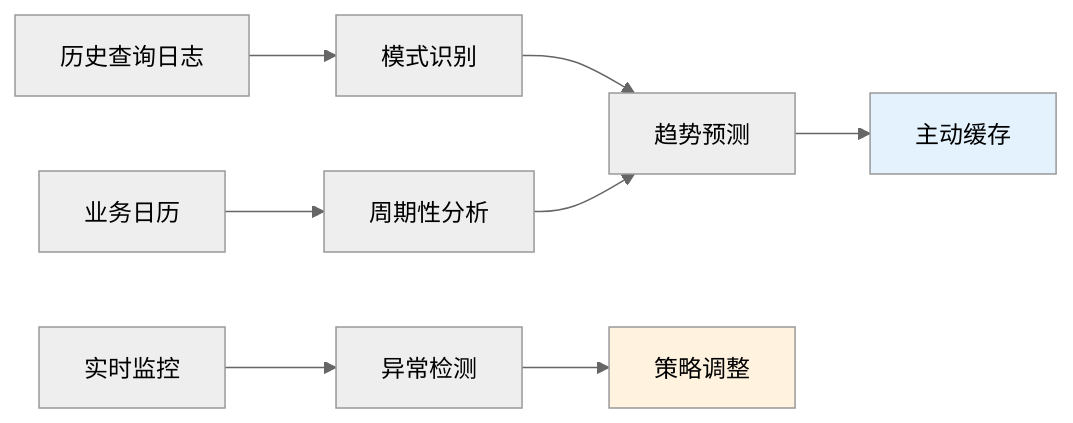
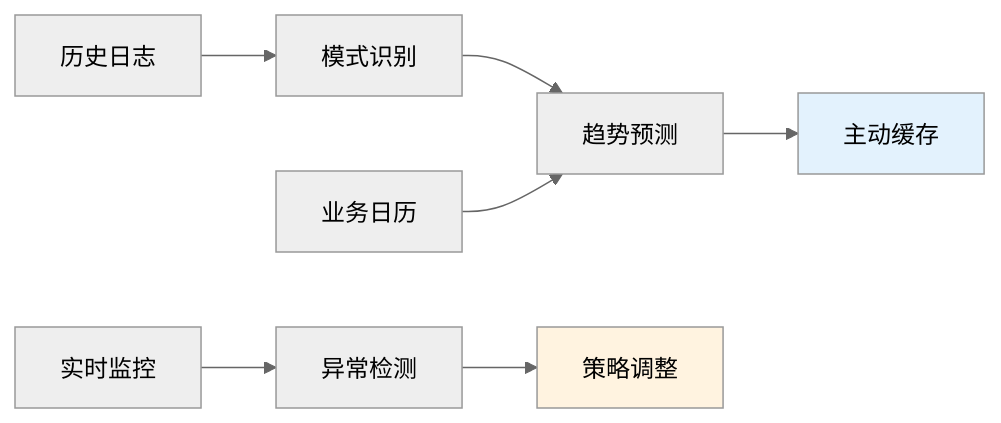
One commit to crazypenguincode/duckdb changed the third of 4 diagrams in md/第六章-总结与展望.md. Above: the diagram before and after it, drawn with Mermaid (neutral theme). The commit also changed other lines of this file and 4 other files, not shown here.

````diff
--- a/md/第六章-总结与展望.md
+++ b/md/第六章-总结与展望.md
@@ -164,15 +93,11 @@
 ```mermaid
 graph LR
-    A[历史查询日志] --> B[模式识别]
+    A[历史日志] --> B[模式识别]
     B --> C[趋势预测]
     C --> D[主动缓存]
-    
-    E[业务日历] --> F[周期性分析]
-    F --> C
-    
-    G[实时监控] --> H[异常检测]
-    H --> I[策略调整]
-    
+    E[业务日历] --> C
+    F[实时监控] --> G[异常检测]
+    G --> H[策略调整]
     style D fill:#e3f2fd
-    style I fill:#fff3e0
+    style H fill:#fff3e0
 ```
````
